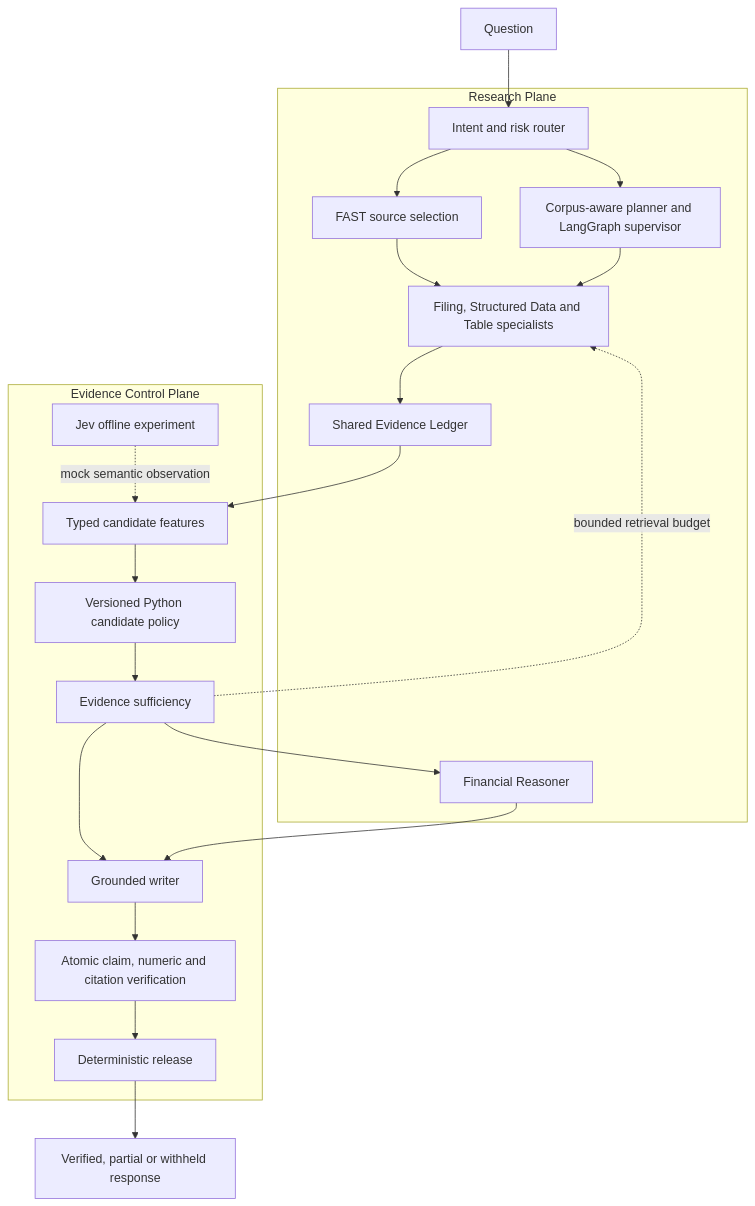
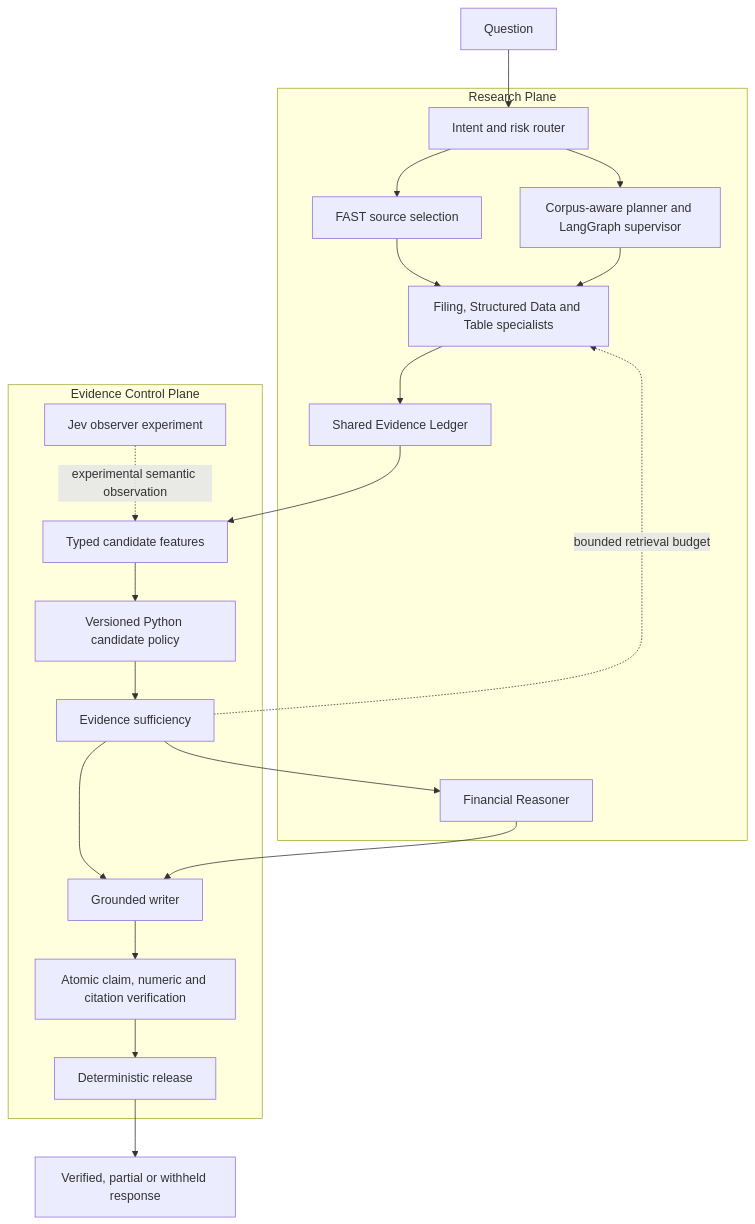
One commit to NamTV2712/filingscope changed the diagram in docs/G7_RESEARCH_REPORT.md. Above: the diagram before and after it, drawn with Mermaid. The commit also changed other lines of this file and 9 other files, not shown here.

````diff
--- a/docs/G7_RESEARCH_REPORT.md
+++ b/docs/G7_RESEARCH_REPORT.md
@@ -15,35 +15,35 @@
 ```mermaid
 flowchart TD
   Q[Question]
   subgraph Research[Research Plane]
     R[Intent and risk router]
     F[FAST source selection]
     S[Corpus-aware planner and LangGraph supervisor]
     W[Filing, Structured Data and Table specialists]
     A[Financial Reasoner]
     L[Shared Evidence Ledger]
     R --> F
     R --> S
     F --> W
     S --> W
     W --> L
   end
   subgraph Control[Evidence Control Plane]
     O[Typed candidate features]
     P[Versioned Python candidate policy]
     E[Evidence sufficiency]
     G[Grounded writer]
     V[Atomic claim, numeric and citation verification]
     D[Deterministic release]
-    J[Jev offline experiment]
+    J[Jev observer experiment]
     O --> P --> E
     E --> G --> V --> D
-    J -. mock semantic observation .-> O
+    J -. experimental semantic observation .-> O
   end
   Q --> R
   L --> O
   E --> A
   A --> G
   E -. bounded retrieval budget .-> W
   D --> VFY[Verified, partial or withheld response]
 ```
````
